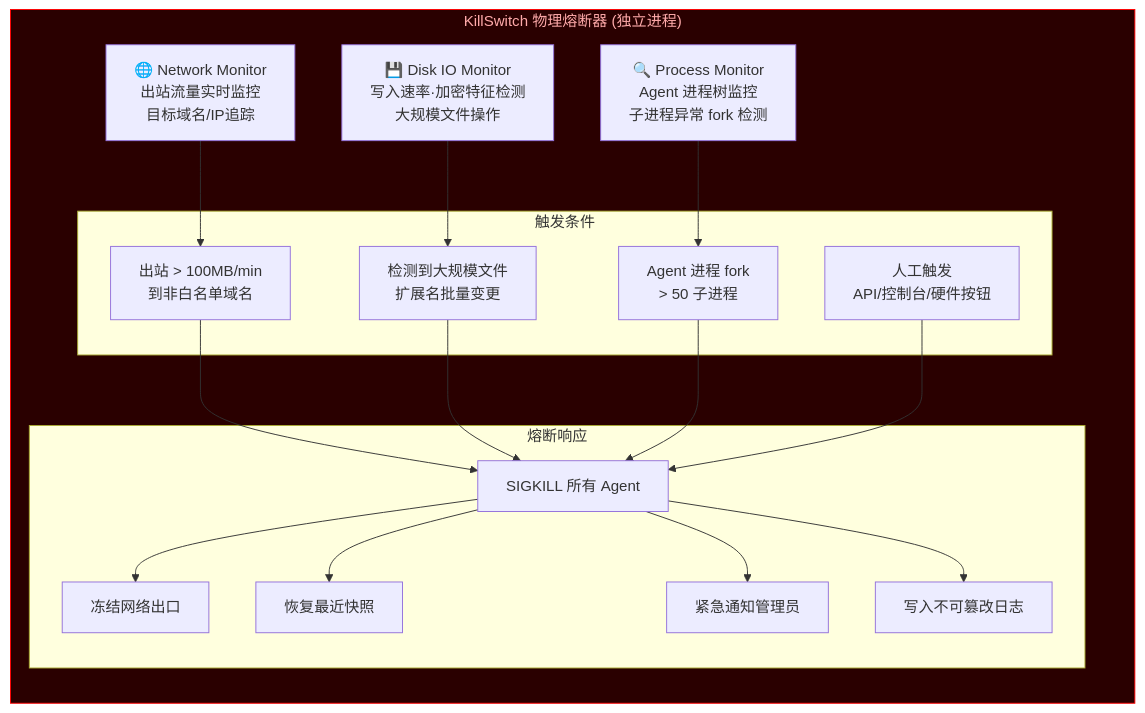
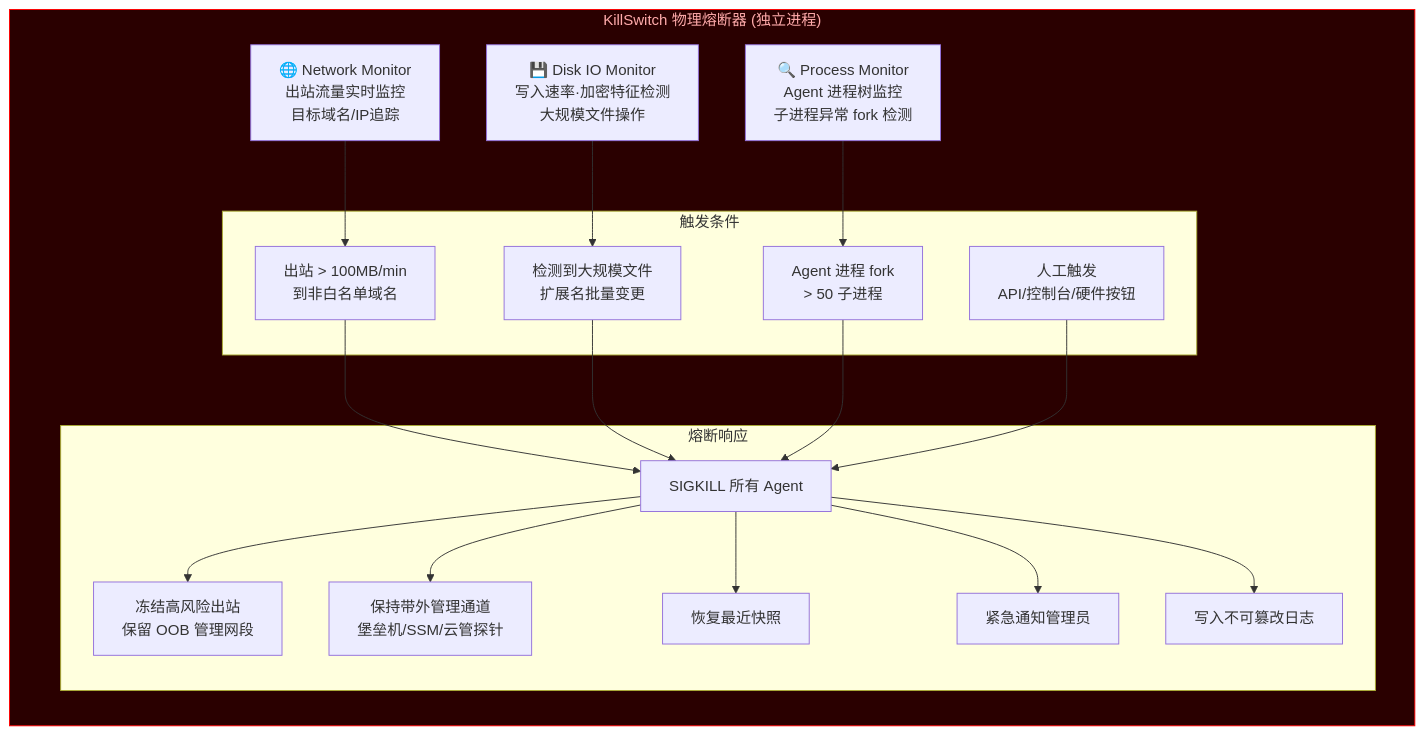
Before and after one commit to Yidhar/Embla_System: the ninth of 12 diagrams in doc/10-brainstem-layer-modules.md, drawn with Mermaid. The commit also changed other lines of this file and 13 other files, not shown here.

Commit message:
docs: refresh architecture specs and security blindspot baseline

````diff
--- a/doc/10-brainstem-layer-modules.md
+++ b/doc/10-brainstem-layer-modules.md
@@ -558,36 +580,38 @@
 ```mermaid
 flowchart TB
     subgraph KillSwitch["KillSwitch 物理熔断器 (独立进程)"]
         direction TB
         NET_MON["🌐 Network Monitor<br/>出站流量实时监控<br/>目标域名/IP追踪"]
         IO_MON["💾 Disk IO Monitor<br/>写入速率·加密特征检测<br/>大规模文件操作"]
         PROC_MON["🔍 Process Monitor<br/>Agent 进程树监控<br/>子进程异常 fork 检测"]
 
         subgraph Triggers["触发条件"]
             T_NET["出站 > 100MB/min<br/>到非白名单域名"]
             T_CRYPT["检测到大规模文件<br/>扩展名批量变更"]
             T_FORK["Agent 进程 fork<br/>> 50 子进程"]
             T_MANUAL["人工触发<br/>API/控制台/硬件按钮"]
         end
 
         subgraph Response["熔断响应"]
             R_KILL["SIGKILL 所有 Agent"]
-            R_NET["冻结网络出口"]
+            R_NET["冻结高风险出站<br/>保留 OOB 管理网段"]
+            R_OOB["保持带外管理通道<br/>堡垒机/SSM/云管探针"]
             R_SNAP["恢复最近快照"]
             R_NOTIFY["紧急通知管理员"]
             R_LOG["写入不可篡改日志"]
         end
     end
 
     NET_MON --> T_NET
     IO_MON --> T_CRYPT
     PROC_MON --> T_FORK
 
     T_NET & T_CRYPT & T_FORK & T_MANUAL --> R_KILL
     R_KILL --> R_NET
+    R_KILL --> R_OOB
     R_KILL --> R_SNAP
     R_KILL --> R_NOTIFY
     R_KILL --> R_LOG
 
     style KillSwitch fill:#2a0000,stroke:#ff0000,color:#ffaaaa
 ```
````
